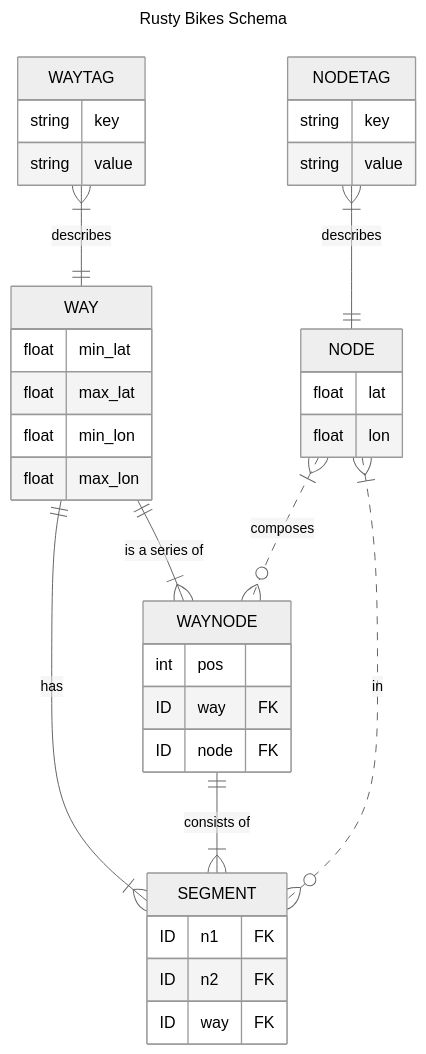
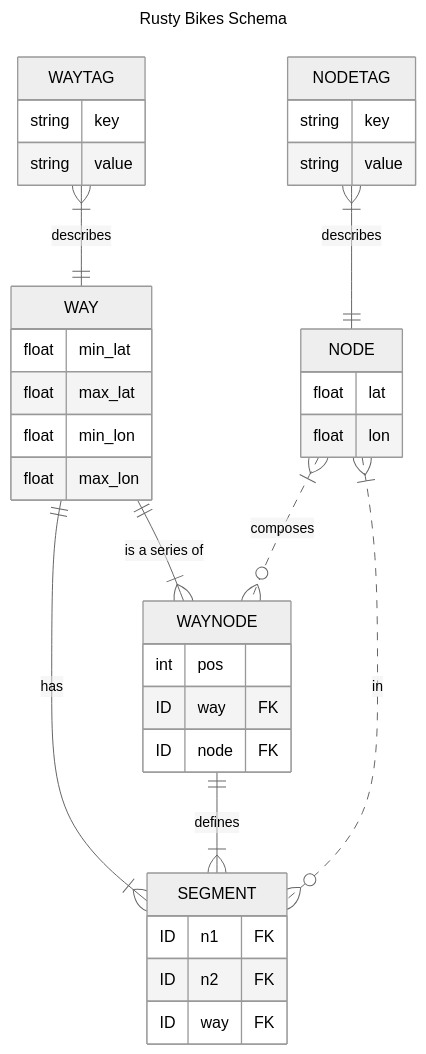
One commit to binhrobles/rusty-bikes changed the diagram in README.md. Above: the diagram before and after it, drawn with Mermaid (neutral theme).

````diff
--- a/README.md
+++ b/README.md
@@ -65,44 +65,44 @@
 ```mermaid
 ---
 title: Rusty Bikes Schema
 ---
 erDiagram
     WAY {
         float min_lat
         float max_lat
         float min_lon
         float max_lon
     }
     NODE {
         float lat
         float lon
     }
     WAYNODE {
         int pos
         ID way FK
         ID node FK
     }
     SEGMENT {
         ID n1 FK
         ID n2 FK
         ID way FK
     }
     NODETAG {
         string key
         string value
     }
     WAYTAG {
         string key
         string value
     }
 
     WAYTAG }|--|| WAY : describes
     NODETAG }|--|| NODE : describes
 
     WAY ||--|{ WAYNODE : "is a series of"
     NODE }|..o{ WAYNODE : composes
 
     WAY ||--|{ SEGMENT : has
-    WAYNODE ||--|{ SEGMENT : "consists of"
+    WAYNODE ||--|{ SEGMENT : defines
     NODE }|..o{ SEGMENT : in
 ```
````
